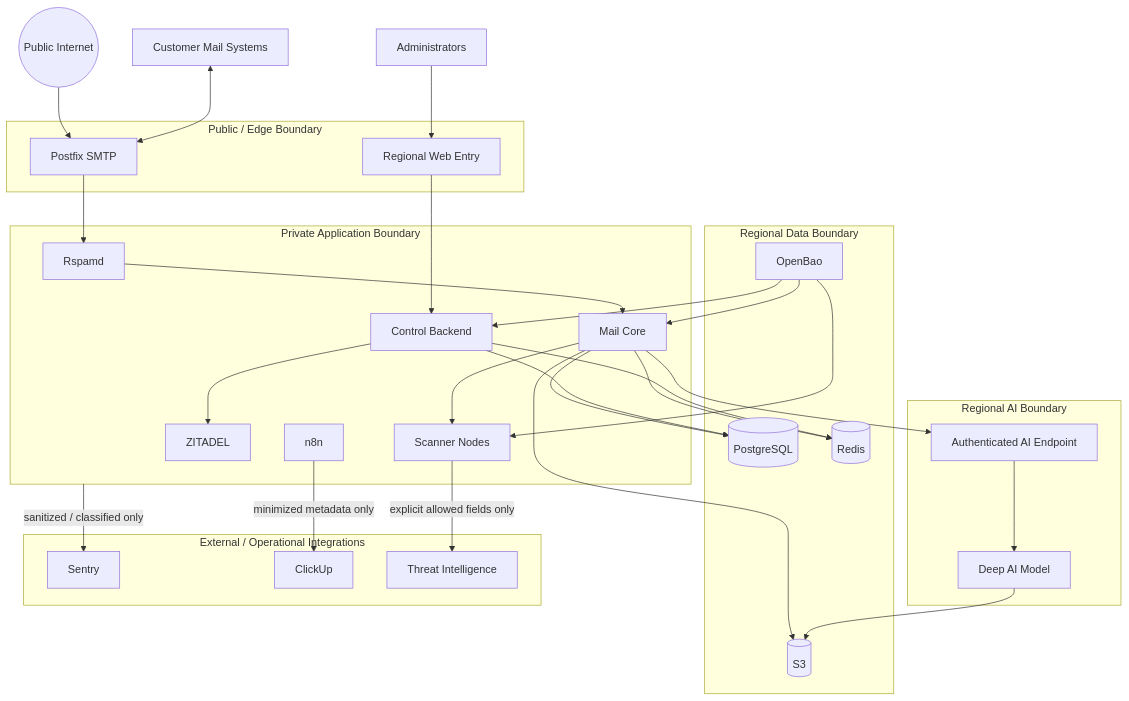
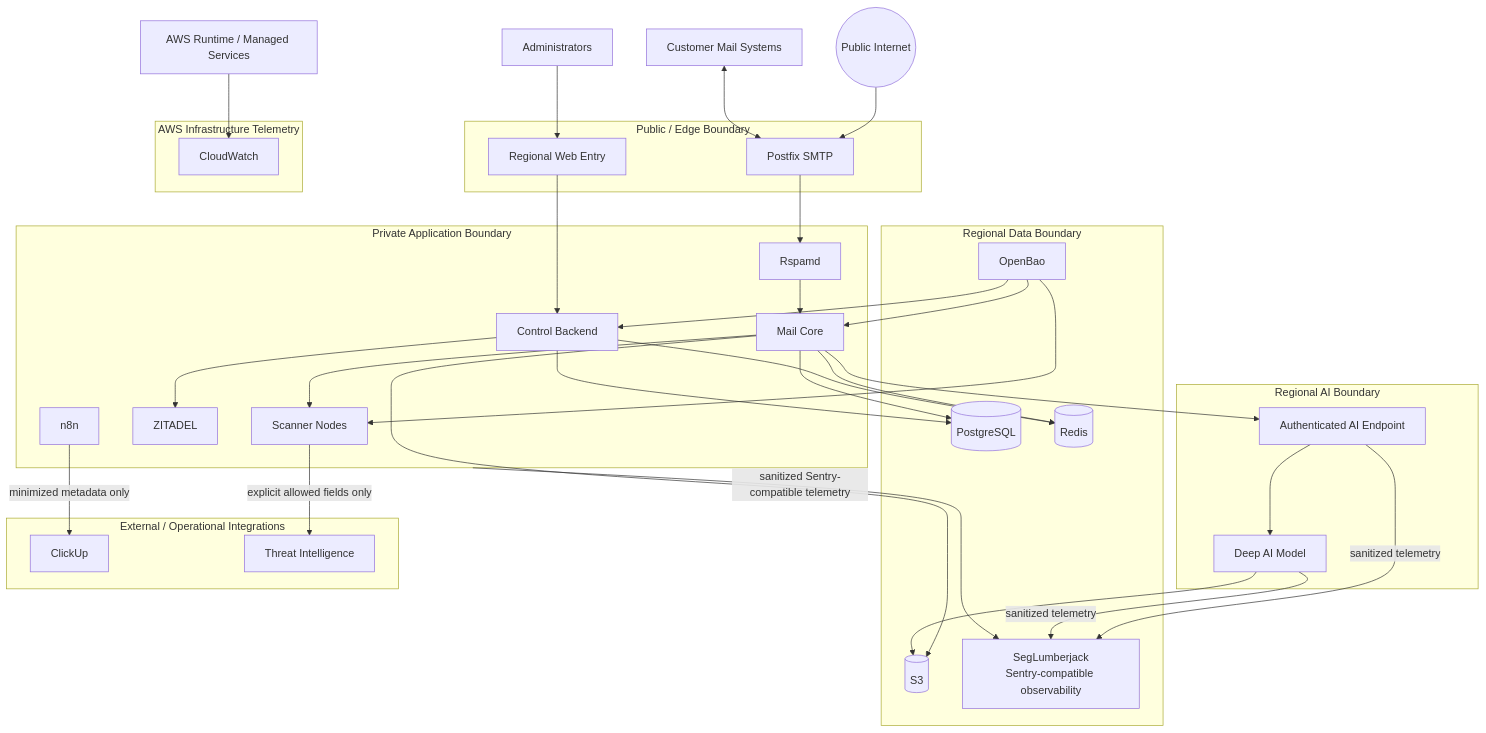
The tenth of 11 diagrams in docs/diagrams/README.md (Oba-SEG/Nullapart), drawn with Mermaid before and after one commit. The commit also changed other lines of this file, not shown here.

Commit message:
docs: render corrected observability diagrams

````diff
--- a/docs/diagrams/README.md
+++ b/docs/diagrams/README.md
@@ -457,64 +456,73 @@
 ```mermaid
 flowchart TB
     Internet((Public Internet))
     Customer[Customer Mail Systems]
     Admin[Administrators]
 
     subgraph PublicEdge["Public / Edge Boundary"]
         SMTP[Postfix SMTP]
         Web[Regional Web Entry]
     end
 
     subgraph PrivateApp["Private Application Boundary"]
         Rspamd[Rspamd]
         MailCore[Mail Core]
         Scanners[Scanner Nodes]
         Control[Control Backend]
         IDP[ZITADEL]
         N8N[n8n]
     end
 
     subgraph DataBoundary["Regional Data Boundary"]
         PG[(PostgreSQL)]
         Redis[(Redis)]
         S3[(S3)]
         Secrets[OpenBao]
+        Seg[SegLumberjack\nSentry-compatible observability]
     end
 
     subgraph AIBoundary["Regional AI Boundary"]
         AIGateway[Authenticated AI Endpoint]
         Model[Deep AI Model]
     end
 
+    subgraph AWSOps["AWS Infrastructure Telemetry"]
+        CW[CloudWatch]
+    end
+
     subgraph ExternalOps["External / Operational Integrations"]
-        Sentry[Sentry]
         ClickUp[ClickUp]
         TI[Threat Intelligence]
     end
 
     Internet --> SMTP
     Customer <--> SMTP
     Admin --> Web
 
     SMTP --> Rspamd --> MailCore
     Web --> Control
     Control --> IDP
 
     MailCore --> Scanners
     MailCore --> PG
     MailCore --> Redis
     MailCore --> S3
     Control --> PG
     Control --> Redis
 
     Secrets --> MailCore
     Secrets --> Scanners
     Secrets --> Control
 
     MailCore --> AIGateway --> Model
     Model --> S3
 
-    PrivateApp -->|sanitized / classified only| Sentry
+    PrivateApp -->|sanitized Sentry-compatible telemetry| Seg
+    AIGateway -->|sanitized telemetry| Seg
+    Model -->|sanitized telemetry| Seg
+
+    AWS[AWS Runtime / Managed Services] --> CW
+
     N8N -->|minimized metadata only| ClickUp
     Scanners -->|explicit allowed fields only| TI
 ```
````
